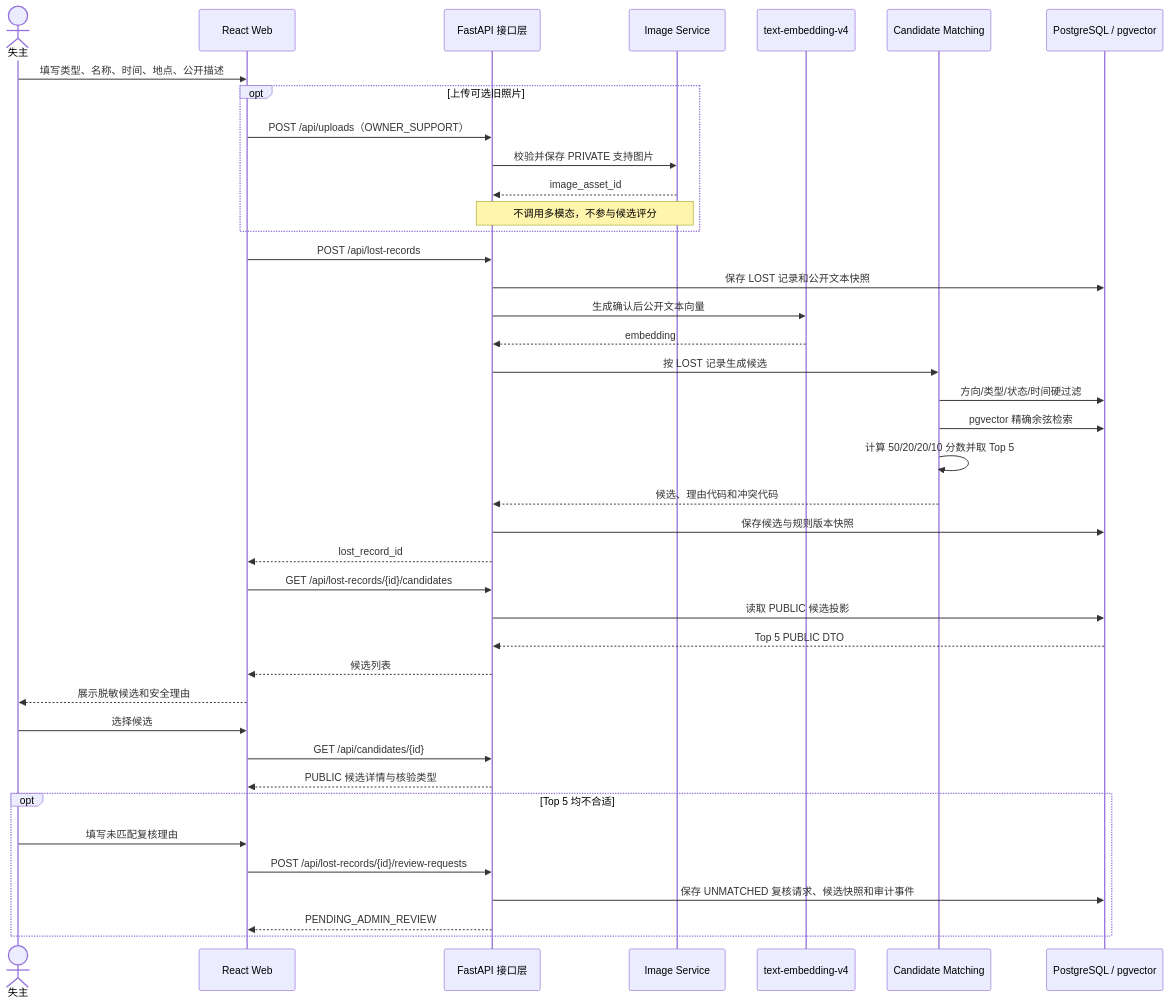
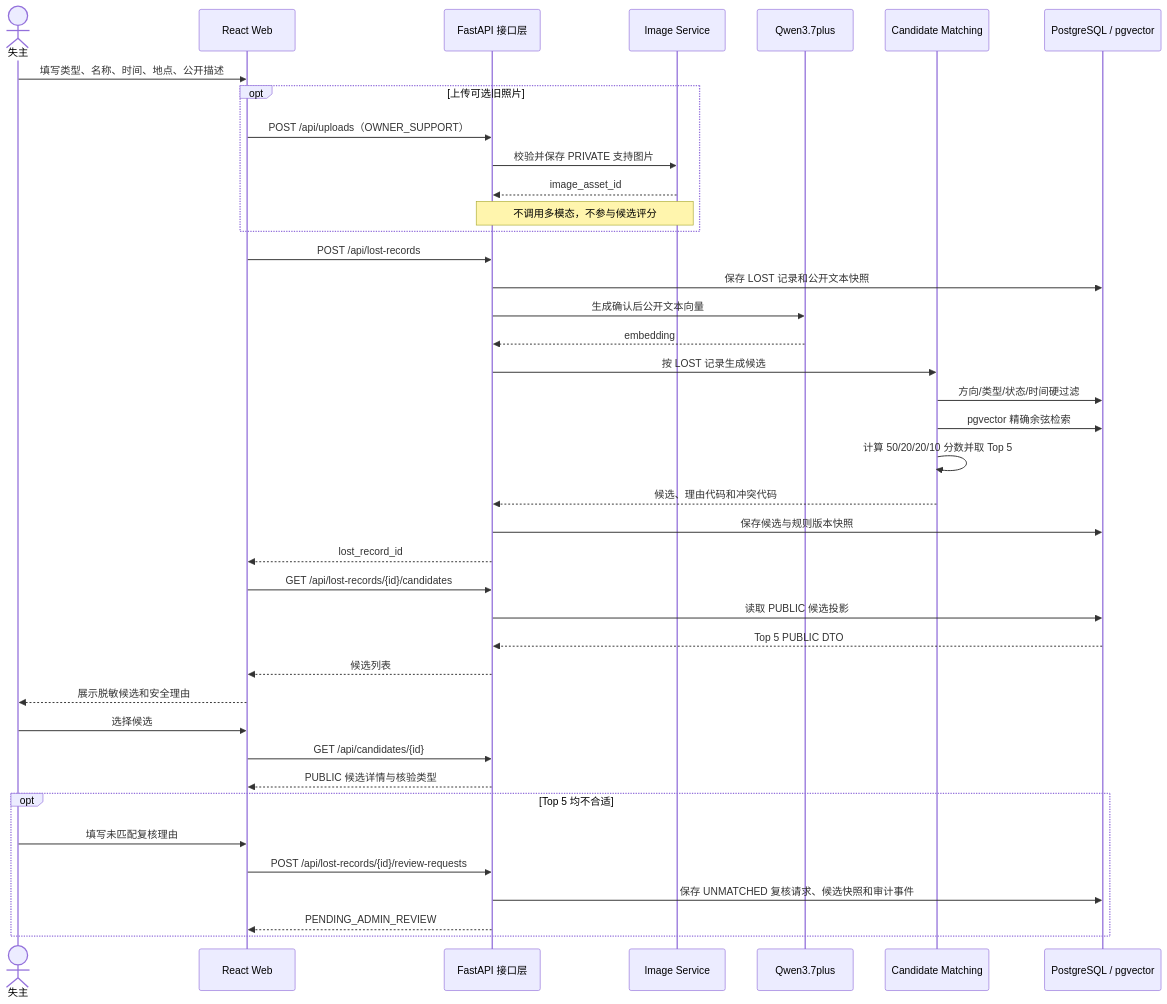
The fourth of 11 diagrams in docs/design/end-to-end-system-design.md (xushengyu1/day56-submission), drawn with Mermaid before and after one commit. The commit also changed other lines of this file and 64 other files, not shown here.

````diff
--- a/docs/design/end-to-end-system-design.md
+++ b/docs/design/end-to-end-system-design.md
@@ -542,43 +542,43 @@
 ```mermaid
 sequenceDiagram
     actor O as 失主
     participant W as React Web
     participant A as FastAPI 接口层
     participant I as Image Service
-    participant E as text-embedding-v4
+    participant E as Qwen3.7plus
     participant M as Candidate Matching
     participant D as PostgreSQL / pgvector
 
     O->>W: 填写类型、名称、时间、地点、公开描述
     opt 上传可选旧照片
         W->>A: POST /api/uploads（OWNER_SUPPORT）
         A->>I: 校验并保存 PRIVATE 支持图片
         I-->>A: image_asset_id
         Note over A,I: 不调用多模态，不参与候选评分
     end
     W->>A: POST /api/lost-records
     A->>D: 保存 LOST 记录和公开文本快照
     A->>E: 生成确认后公开文本向量
     E-->>A: embedding
     A->>M: 按 LOST 记录生成候选
     M->>D: 方向/类型/状态/时间硬过滤
     M->>D: pgvector 精确余弦检索
     M->>M: 计算 50/20/20/10 分数并取 Top 5
     M-->>A: 候选、理由代码和冲突代码
     A->>D: 保存候选与规则版本快照
     A-->>W: lost_record_id
     W->>A: GET /api/lost-records/{id}/candidates
     A->>D: 读取 PUBLIC 候选投影
     D-->>A: Top 5 PUBLIC DTO
     A-->>W: 候选列表
     W-->>O: 展示脱敏候选和安全理由
     O->>W: 选择候选
     W->>A: GET /api/candidates/{id}
     A-->>W: PUBLIC 候选详情与核验类型
     opt Top 5 均不合适
         O->>W: 填写未匹配复核理由
         W->>A: POST /api/lost-records/{id}/review-requests
         A->>D: 保存 UNMATCHED 复核请求、候选快照和审计事件
         A-->>W: PENDING_ADMIN_REVIEW
     end
 ```
````
